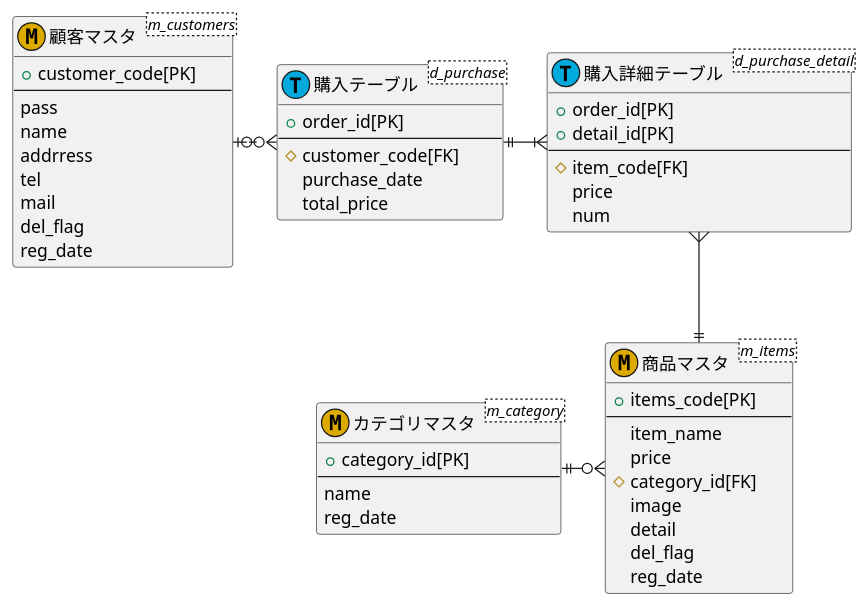
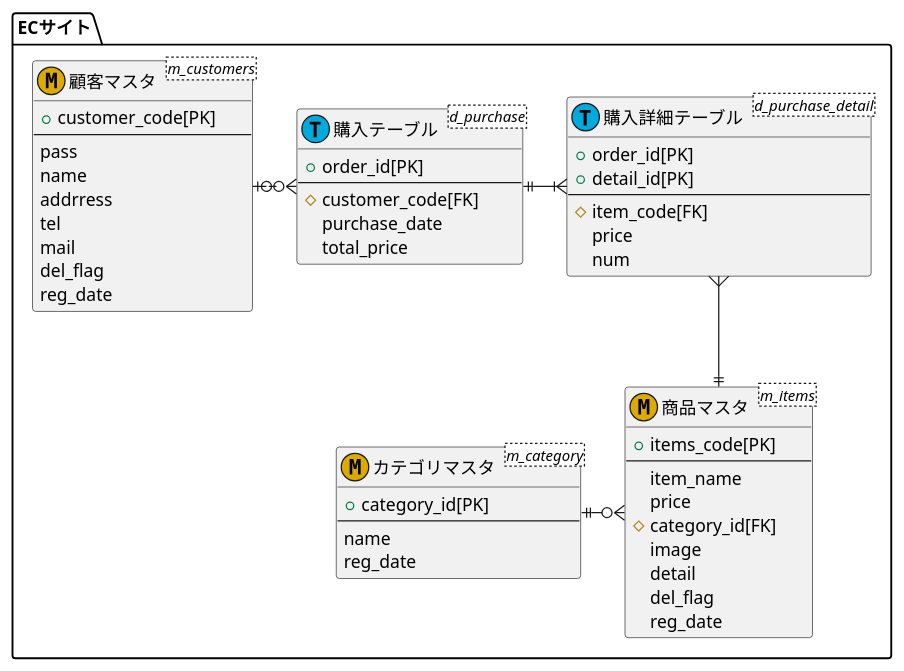
Before and after one commit to Aso2001022/2021sys-design: the diagram in kadai23.md, drawn with PlantUML.

````diff
--- a/kadai23.md
+++ b/kadai23.md
@@ -1,56 +1,58 @@
 ```puml
 @startuml
+package "ECサイト" as target_system {
 entity "顧客マスタ" <m_customers><<M,DDAA00>>{
   +customer_code[PK]
   --
   pass
   name
   addrress
   tel
   mail
   del_flag
   reg_date
   }
   
   entity "購入テーブル"<d_purchase><<T,00AADD>>{
   +order_id[PK]
   --
   # customer_code[FK]
   purchase_date
   total_price
   }
   
   entity "購入詳細テーブル" <d_purchase_detail><<T,00AADD>> {
   +order_id[PK]
   +detail_id[PK]
   --
   # item_code[FK]
   price
   num
   }
   
   entity "商品マスタ"<m_items><<M,DDAA00>> {
   +items_code[PK]
   --
   item_name
   price
   # category_id[FK]
   image
   detail
   del_flag
   reg_date
   }
   
   entity "カテゴリマスタ" <m_category><<M,DDAA00>> {
 +category_id[PK]
 --
 name
 reg_date
 }
+}
 
 顧客マスタ |o-ri-o{ 購入テーブル 
 購入テーブル ||-ri-|{ 購入詳細テーブル
 購入詳細テーブル }-do-|| 商品マスタ
 商品マスタ }o-le-|| カテゴリマスタ
 @enduml
 ```
````
